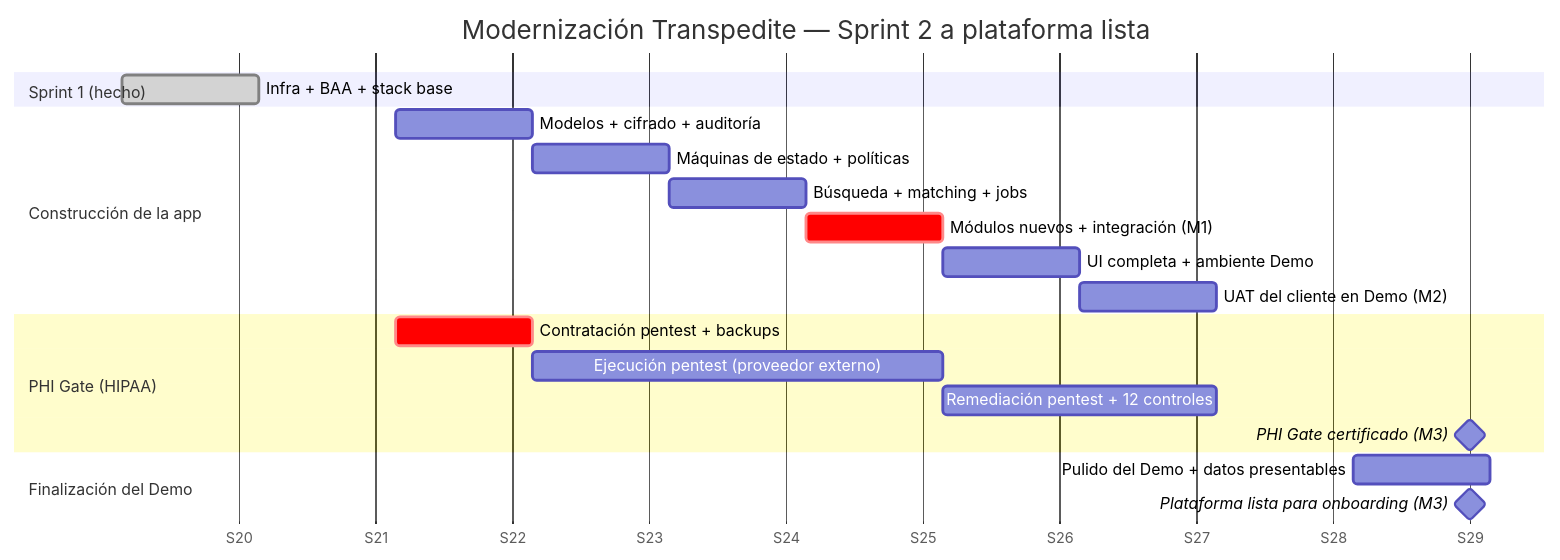
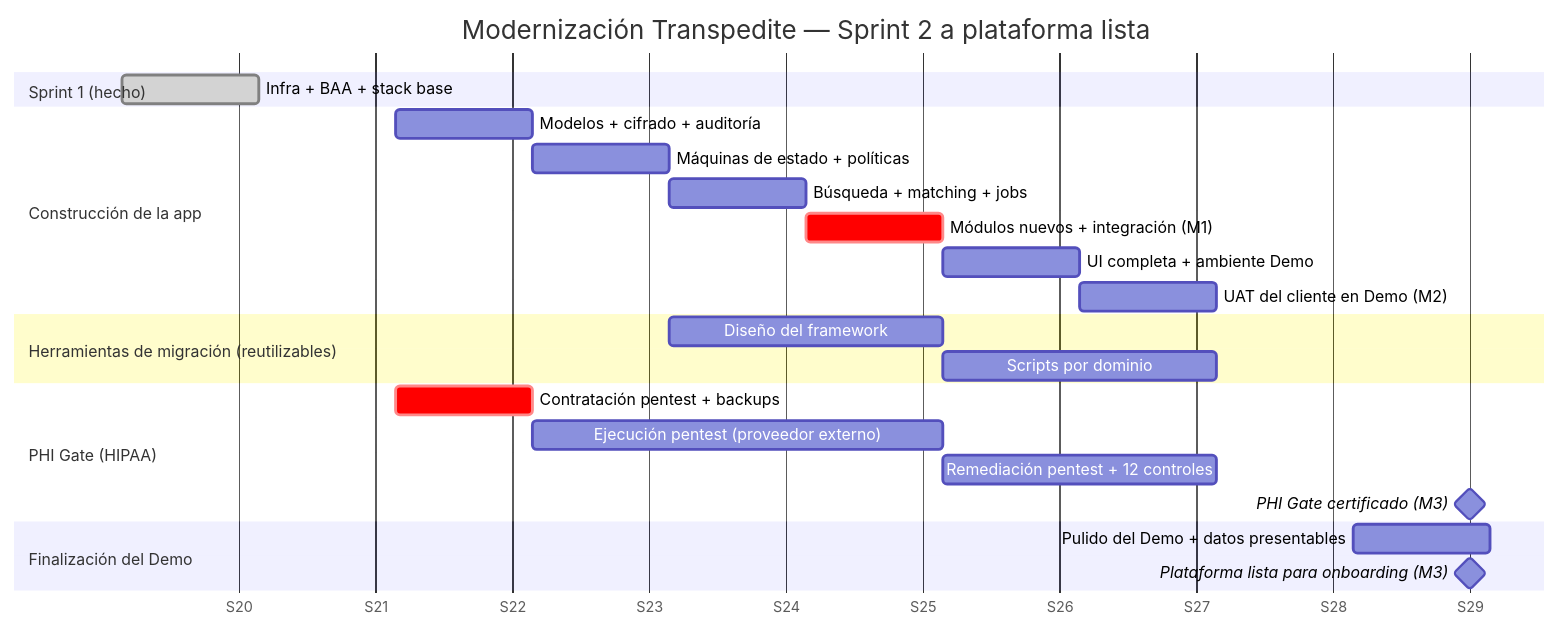
The diagram in plan-de-trabajo.md (Tucan-Talent/transpedite-architecture), drawn with Mermaid before and after one commit. The commit also changed other lines of this file and 1 other file, not shown here.

````diff
--- a/plan-de-trabajo.md
+++ b/plan-de-trabajo.md
@@ -69,27 +87,31 @@
 ```mermaid
 gantt
     title Modernización Transpedite — Sprint 2 a plataforma lista
     dateFormat YYYY-MM-DD
     axisFormat S%V
 
     section Sprint 1 (hecho)
     Infra + BAA + stack base                 :done, s1, 2026-05-11, 1w
 
     section Construcción de la app
     Modelos + cifrado + auditoría            :a1, 2026-05-25, 1w
     Máquinas de estado + políticas           :a2, after a1, 1w
     Búsqueda + matching + jobs               :a3, after a2, 1w
     Módulos nuevos + integración (M1)        :crit, a4, after a3, 1w
     UI completa + ambiente Demo              :a5, after a4, 1w
     UAT del cliente en Demo (M2)             :a6, after a5, 1w
 
+    section Herramientas de migración (reutilizables)
+    Diseño del framework                     :b1, 2026-06-08, 2w
+    Scripts por dominio                      :b2, after b1, 2w
+
     section PHI Gate (HIPAA)
     Contratación pentest + backups           :crit, c1, 2026-05-25, 1w
     Ejecución pentest (proveedor externo)    :c2, after c1, 3w
     Remediación pentest + 12 controles       :c3, after c2, 2w
     PHI Gate certificado (M3)                :milestone, c4, 2026-07-19, 0d
 
     section Finalización del Demo
     Pulido del Demo + datos presentables     :d1, 2026-07-13, 1w
     Plataforma lista para onboarding (M3)    :milestone, d2, 2026-07-19, 0d
 ```
````
